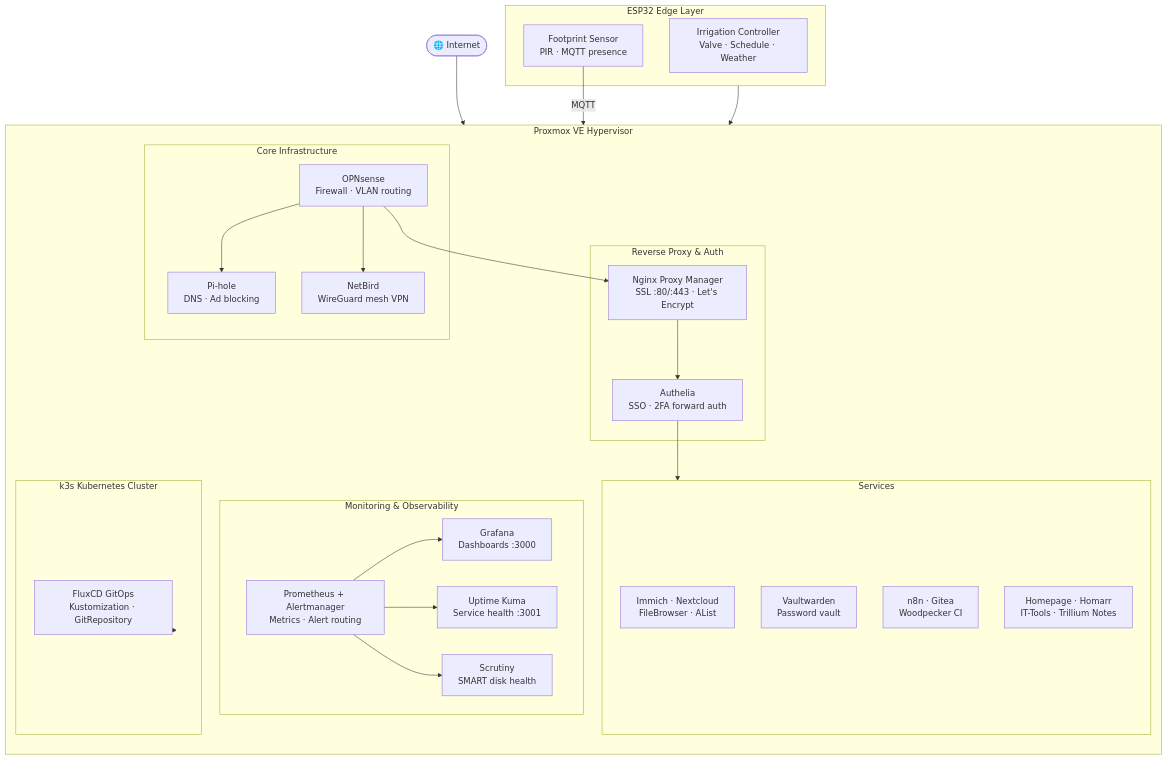
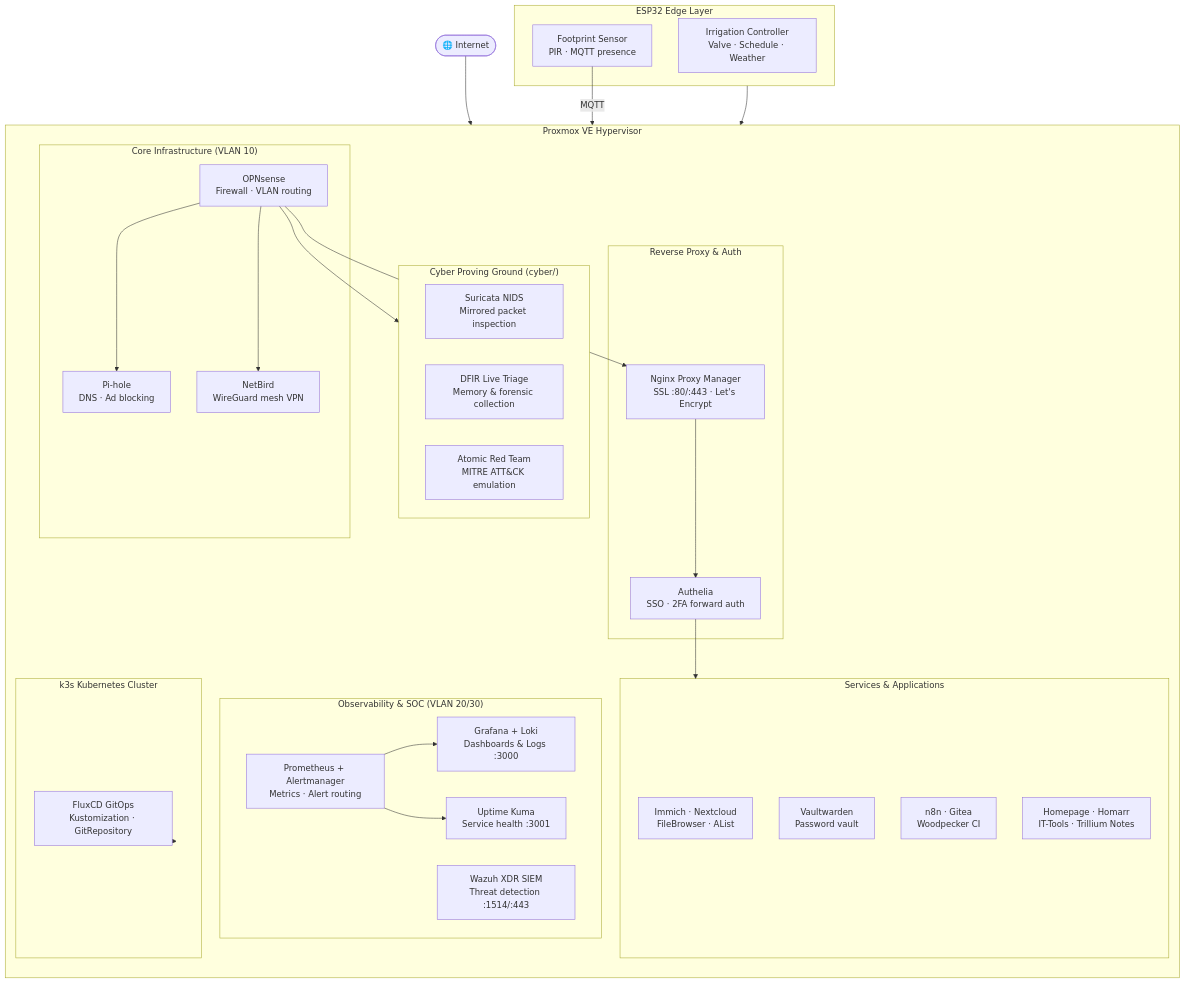
Before and after one commit to stefanutc1/datacenter: the diagram in README.md, drawn with Mermaid. The commit also changed other lines of this file and 184 other files, not shown here.

````diff
--- a/README.md
+++ b/README.md
@@ -63,55 +67,61 @@
 ```mermaid
 flowchart TB
     Internet(["🌐 Internet"])
 
     subgraph PVE["Proxmox VE Hypervisor"]
         direction TB
 
-        subgraph CORE["Core Infrastructure"]
+        subgraph CORE["Core Infrastructure (VLAN 10)"]
             OPN["OPNsense\nFirewall · VLAN routing"]
             DNS["Pi-hole\nDNS · Ad blocking"]
             VPN["NetBird\nWireGuard mesh VPN"]
         end
 
         subgraph PROXY["Reverse Proxy & Auth"]
             NPM["Nginx Proxy Manager\nSSL :80/:443 · Let's Encrypt"]
             AUTH["Authelia\nSSO · 2FA forward auth"]
         end
 
-        subgraph MON["Monitoring & Observability"]
+        subgraph MON["Observability & SOC (VLAN 20/30)"]
             PROM["Prometheus + Alertmanager\nMetrics · Alert routing"]
-            GRAF["Grafana\nDashboards :3000"]
+            GRAF["Grafana + Loki\nDashboards & Logs :3000"]
+            WAZUH["Wazuh XDR SIEM\nThreat detection :1514/:443"]
             KUMA["Uptime Kuma\nService health :3001"]
-            SCRUT["Scrutiny\nSMART disk health"]
         end
 
-        subgraph SVC["Services"]
+        subgraph SVC["Services & Applications"]
             IMMICH["Immich · Nextcloud\nFileBrowser · AList"]
             VAULT["Vaultwarden\nPassword vault"]
             N8N["n8n · Gitea\nWoodpecker CI"]
             HOME["Homepage · Homarr\nIT-Tools · Trillium Notes"]
+        end
+
+        subgraph CYBER["Cyber Proving Ground (cyber/)"]
+            SURICATA["Suricata NIDS\nMirrored packet inspection"]
+            DFIR["DFIR Live Triage\nMemory & forensic collection"]
+            REDTEAM["Atomic Red Team\nMITRE ATT&CK emulation"]
         end
 
         subgraph K8S["k3s Kubernetes Cluster"]
             FLUX["FluxCD GitOps\nKustomization · GitRepository"]
         end
     end
 
     subgraph EDGE["ESP32 Edge Layer"]
         IRR["Irrigation Controller\nValve · Schedule · Weather"]
         FP["Footprint Sensor\nPIR · MQTT presence"]
     end
 
     Internet --> OPN
     OPN --> NPM
     NPM --> AUTH
     AUTH --> SVC
     OPN --> DNS
     OPN --> VPN
     PROM --> GRAF
     PROM --> KUMA
-    PROM --> SCRUT
     K8S --> FLUX
     EDGE --> HOME
     FP -->|MQTT| HOME
+    OPN --> CYBER
 ```
````
